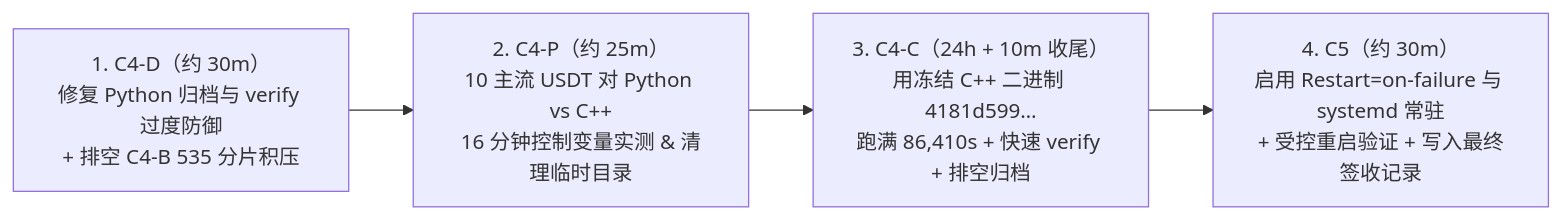
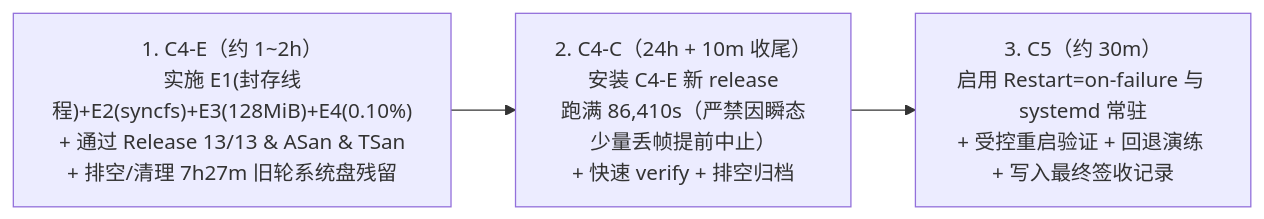
Before and after one commit to tomohikoAmada/BinanceMarketDataRecorder: the third of 3 diagrams in cpp_rewrite_milestone_plan.md, drawn with Mermaid. The commit also changed other lines of this file and 2 other files, not shown here.

````diff
--- a/cpp_rewrite_milestone_plan.md
+++ b/cpp_rewrite_milestone_plan.md
@@ -218,6 +263,5 @@
 ```mermaid
 flowchart LR
-    D["1. C4-D（约 30m）\n修复 Python 归档与 verify 过度防御\n+ 排空 C4-B 535 分片积压"] --> P["2. C4-P（约 25m）\n10 主流 USDT 对 Python vs C++\n16 分钟控制变量实测 & 清理临时目录"]
-    P --> C["3. C4-C（24h + 10m 收尾）\n用冻结 C++ 二进制 4181d599…\n跑满 86,410s + 快速 verify + 排空归档"]
-    C --> E["4. C5（约 30m）\n启用 Restart=on-failure 与 systemd 常驻\n+ 受控重启验证 + 写入最终签收记录"]
+    E["1. C4-E（约 1~2h）\n实施 E1(封存线程)+E2(syncfs)+E3(128MiB)+E4(0.10%)\n+ 通过 Release 13/13 & ASan & TSan\n+ 排空/清理 7h27m 旧轮系统盘残留"] --> C["2. C4-C（24h + 10m 收尾）\n安装 C4-E 新 release\n跑满 86,410s（严禁因瞬态少量丢帧提前中止）\n+ 快速 verify + 排空归档"]
+    C --> F["3. C5（约 30m）\n启用 Restart=on-failure 与 systemd 常驻\n+ 受控重启验证 + 回退演练 + 写入最终签收记录"]
 ```
````
